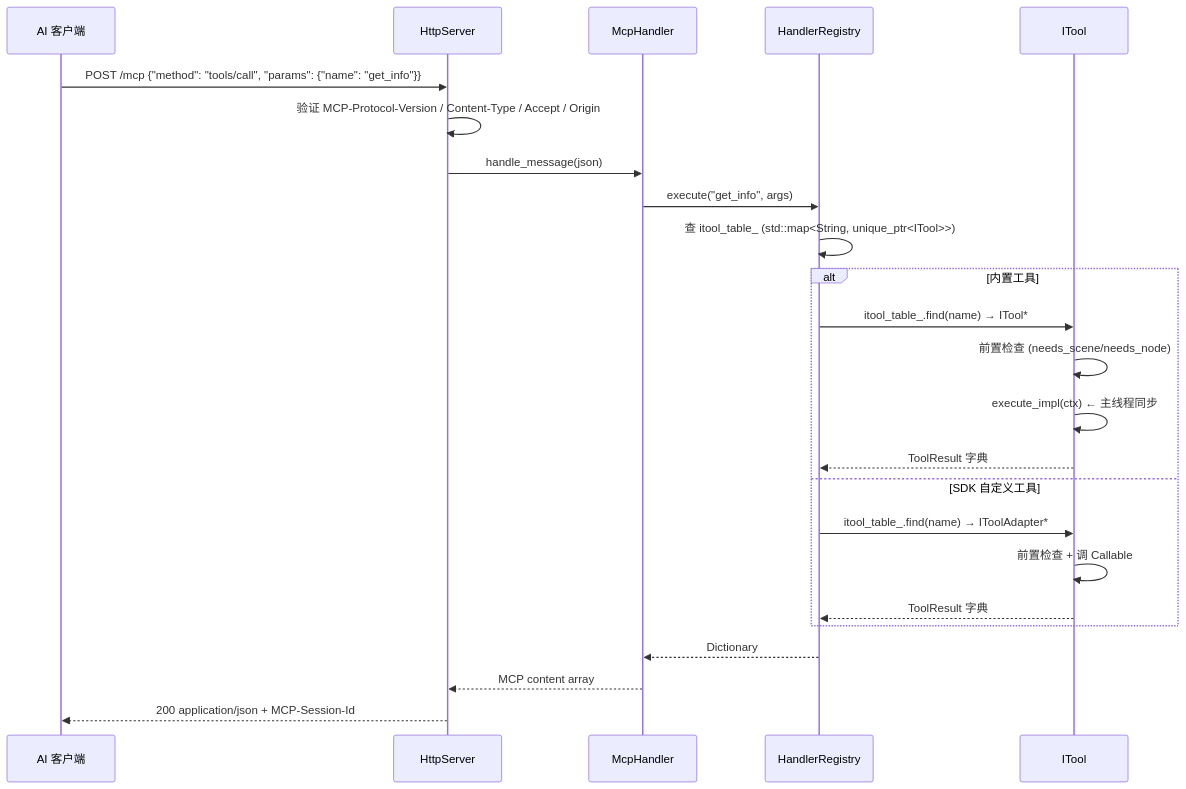
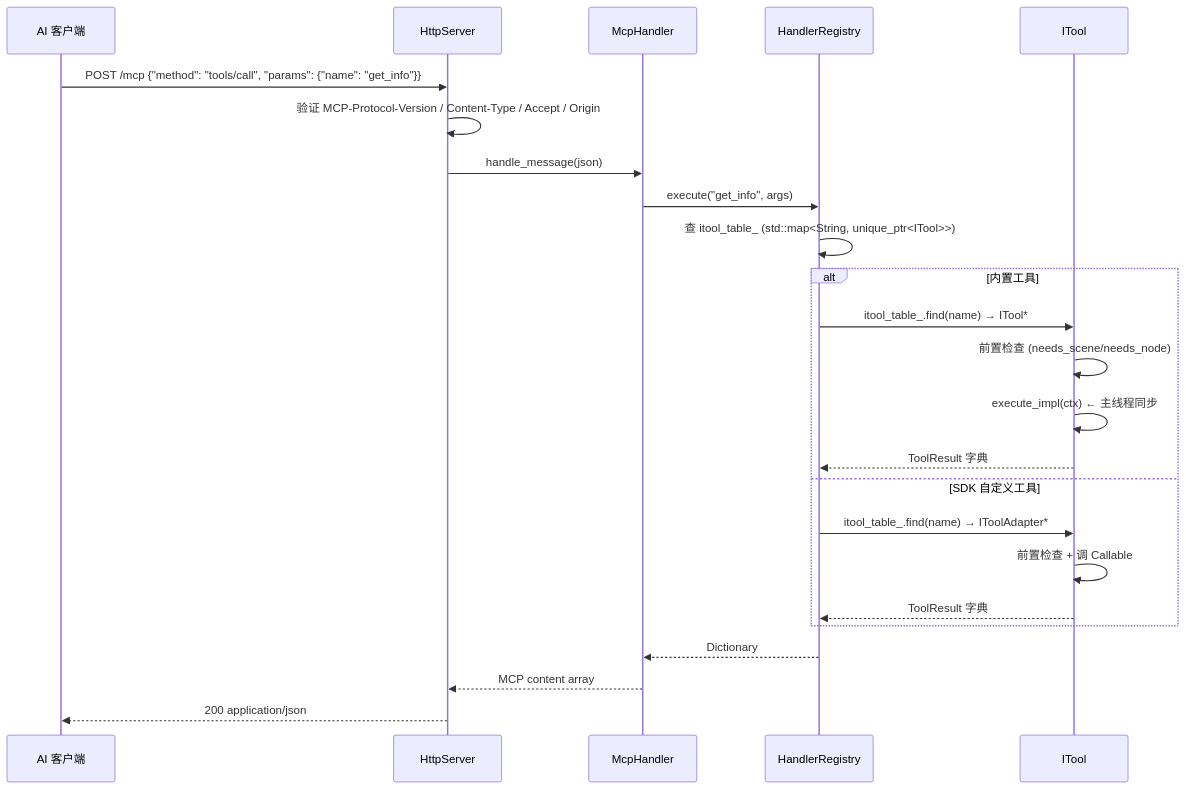
The first of 2 diagrams in .repo_wiki/modules/command-routing.md (jesspig/GodotMCP-GDExtension), drawn with Mermaid before and after one commit. The commit also changed 21 other files, not shown here.

````diff
--- a/.repo_wiki/modules/command-routing.md
+++ b/.repo_wiki/modules/command-routing.md
@@ -5,26 +5,26 @@
 ```mermaid
 sequenceDiagram
     participant AI as AI 客户端
     participant H as HttpServer
     participant M as McpHandler
     participant G as HandlerRegistry
     participant T as ITool
     AI->>H: POST /mcp {"method": "tools/call", "params": {"name": "get_info"}}
     H->>H: 验证 MCP-Protocol-Version / Content-Type / Accept / Origin
     H->>M: handle_message(json)
     M->>G: execute("get_info", args)
     G->>G: 查 itool_table_ (std::map<String, unique_ptr<ITool>>)
     alt 内置工具
         G->>T: itool_table_.find(name) → ITool*
         T->>T: 前置检查 (needs_scene/needs_node)
         T->>T: execute_impl(ctx) ← 主线程同步
         T-->>G: ToolResult 字典
     else SDK 自定义工具
         G->>T: itool_table_.find(name) → IToolAdapter*
         T->>T: 前置检查 + 调 Callable
         T-->>G: ToolResult 字典
     end
     G-->>M: Dictionary
     M-->>H: MCP content array
-    H-->>AI: 200 application/json + MCP-Session-Id
+    H-->>AI: 200 application/json
 ```
````
